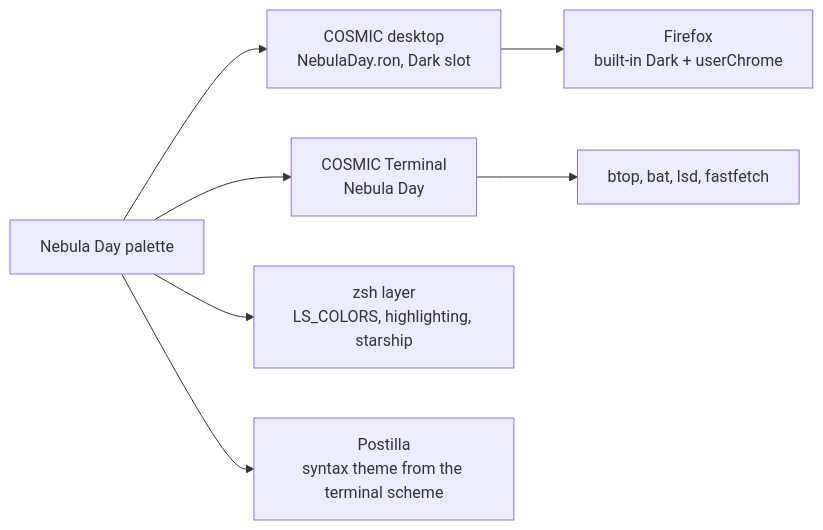
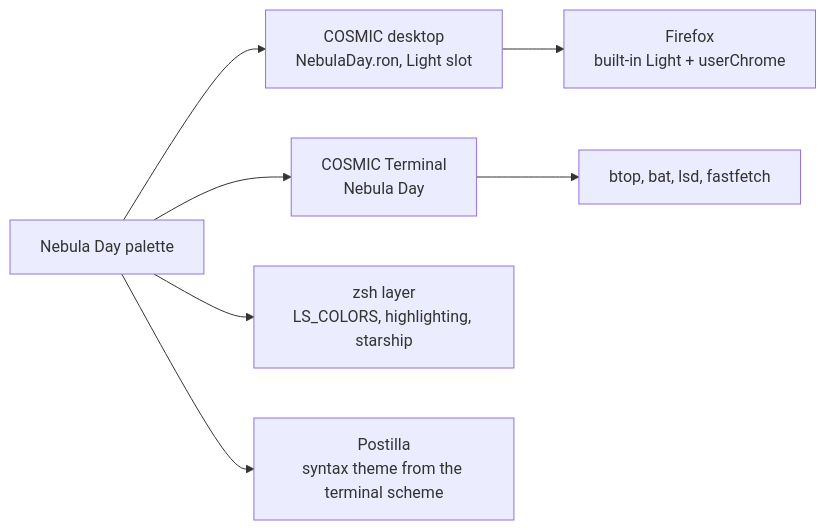
Before and after one commit to atraxsrc/cosmic-nebuladay-theme: the diagram in docs/showcase.md, drawn with Mermaid. The commit also changed 35 other files, not shown here.

Commit message:
light half: Light slot wording, syntax_theme_light, Dark cursor in the text colour, swatch URLs

````diff
--- a/docs/showcase.md
+++ b/docs/showcase.md
@@ -29,9 +29,9 @@
 ```mermaid
 flowchart LR
-    P[Nebula Day palette] --> D[COSMIC desktop<br/>NebulaDay.ron, Dark slot]
+    P[Nebula Day palette] --> D[COSMIC desktop<br/>NebulaDay.ron, Light slot]
     P --> T[COSMIC Terminal<br/>Nebula Day]
     P --> S[zsh layer<br/>LS_COLORS, highlighting, starship]
     P --> E[Postilla<br/>syntax theme from the terminal scheme]
     T --> B[btop, bat, lsd, fastfetch]
-    D --> F[Firefox<br/>built-in Dark + userChrome]
+    D --> F[Firefox<br/>built-in Light + userChrome]
 ```
````
